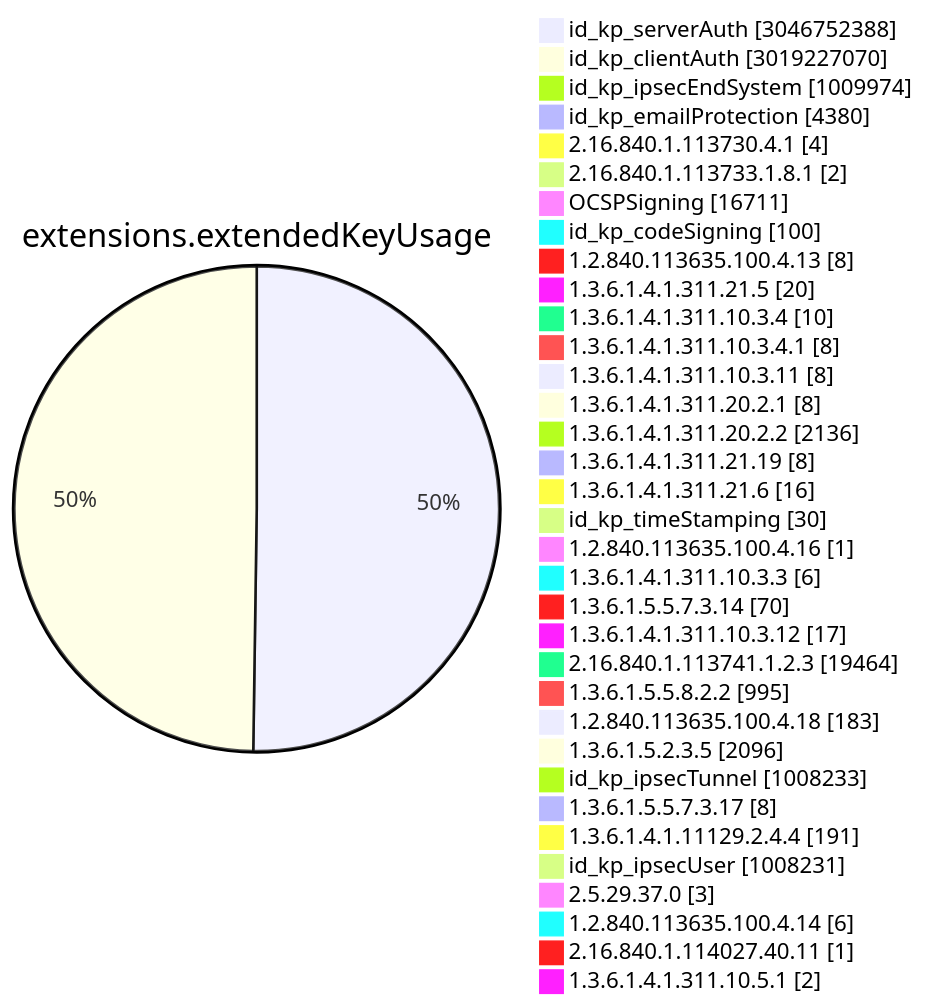
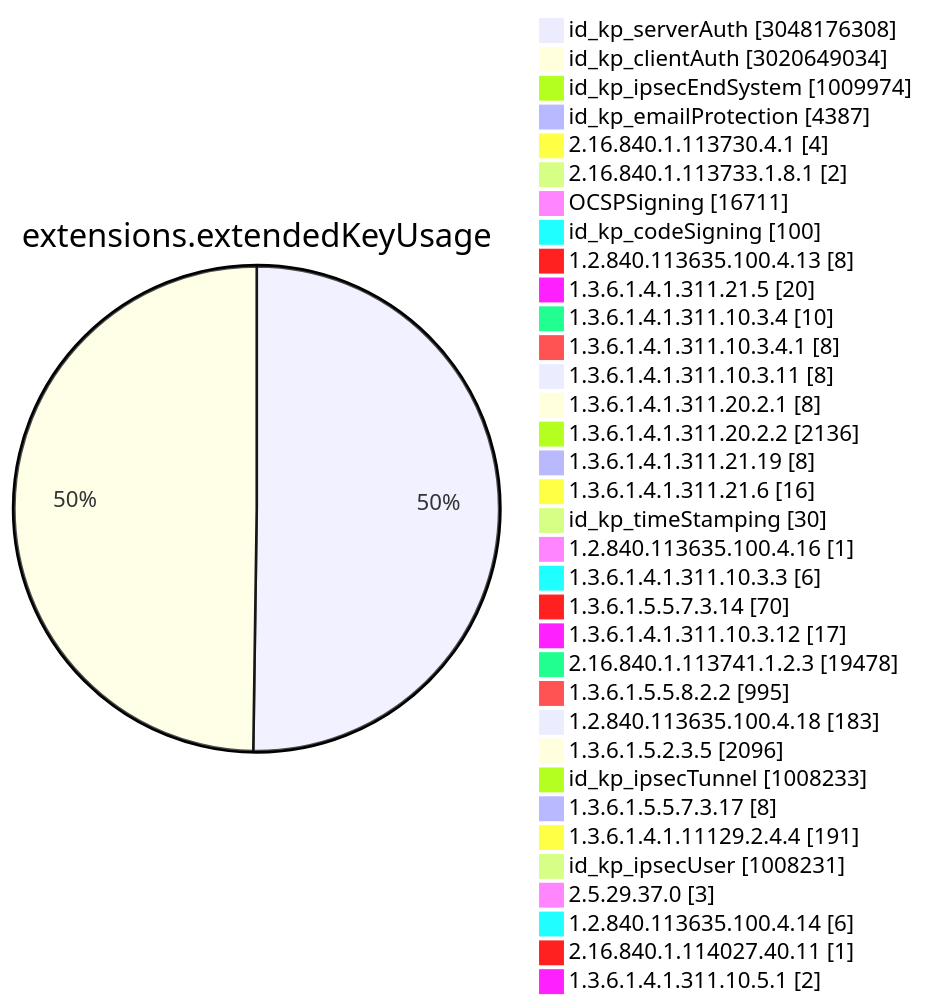
Before and after one commit to christiankrug/ctmonitor_visualization: diagram 11 of 15 in TOTAL/README.md, drawn with Mermaid. The commit also changed other lines of this file, not shown here.

````diff
--- a/TOTAL/README.md
+++ b/TOTAL/README.md
@@ -4118,38 +4118,38 @@
 ```mermaid
 pie showData
 title extensions.extendedKeyUsage
-"id_kp_serverAuth" :3046752388
-"id_kp_clientAuth" :3019227070
+"id_kp_serverAuth" :3048176308
+"id_kp_clientAuth" :3020649034
 "id_kp_ipsecEndSystem" :1009974
-"id_kp_emailProtection" :4380
+"id_kp_emailProtection" :4387
 "2.16.840.1.113730.4.1" :4
 "2.16.840.1.113733.1.8.1" :2
 "OCSPSigning" :16711
 "id_kp_codeSigning" :100
 "1.2.840.113635.100.4.13" :8
 "1.3.6.1.4.1.311.21.5" :20
 "1.3.6.1.4.1.311.10.3.4" :10
 "1.3.6.1.4.1.311.10.3.4.1" :8
 "1.3.6.1.4.1.311.10.3.11" :8
 "1.3.6.1.4.1.311.20.2.1" :8
 "1.3.6.1.4.1.311.20.2.2" :2136
 "1.3.6.1.4.1.311.21.19" :8
 "1.3.6.1.4.1.311.21.6" :16
 "id_kp_timeStamping" :30
 "1.2.840.113635.100.4.16" :1
 "1.3.6.1.4.1.311.10.3.3" :6
 "1.3.6.1.5.5.7.3.14" :70
 "1.3.6.1.4.1.311.10.3.12" :17
-"2.16.840.1.113741.1.2.3" :19464
+"2.16.840.1.113741.1.2.3" :19478
 "1.3.6.1.5.5.8.2.2" :995
 "1.2.840.113635.100.4.18" :183
 "1.3.6.1.5.2.3.5" :2096
 "id_kp_ipsecTunnel" :1008233
 "1.3.6.1.5.5.7.3.17" :8
 "1.3.6.1.4.1.11129.2.4.4" :191
 "id_kp_ipsecUser" :1008231
 "2.5.29.37.0" :3
 "1.2.840.113635.100.4.14" :6
 "2.16.840.1.114027.40.11" :1
 "1.3.6.1.4.1.311.10.5.1" :2
 ```
````
